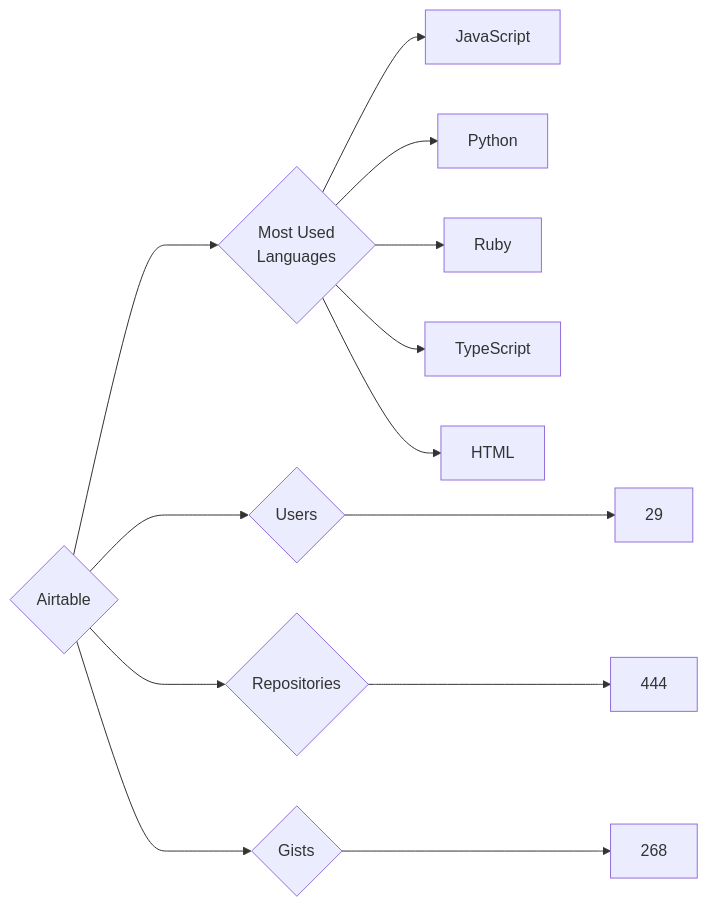
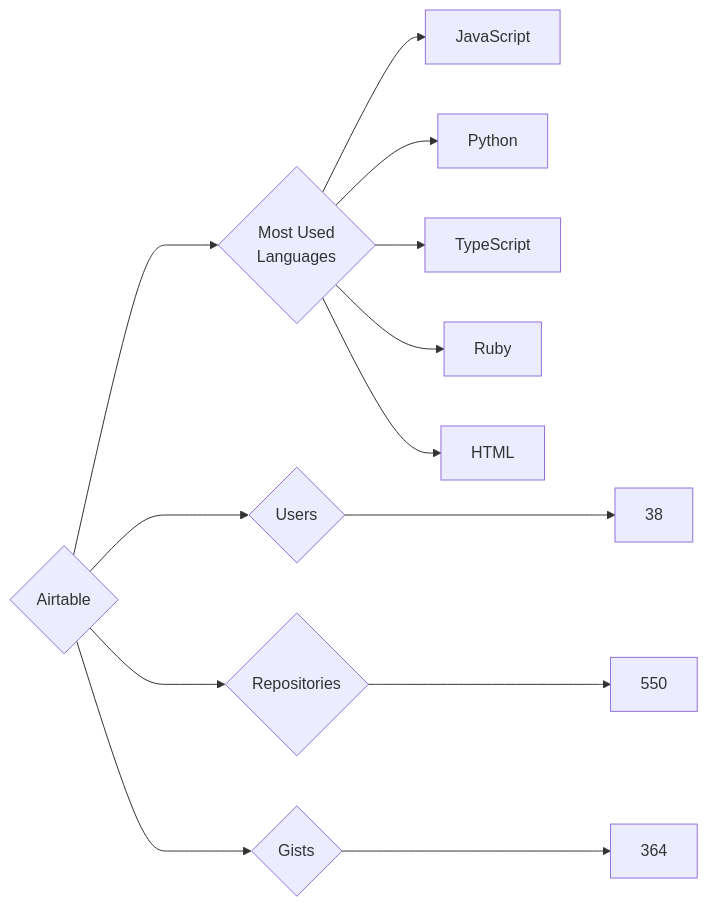
The diagram in targets/Airtable/README.md (trickest/insiders), drawn with Mermaid before and after one commit. The commit also changed 553 other files, not shown here.

````diff
--- a/targets/Airtable/README.md
+++ b/targets/Airtable/README.md
@@ -3,13 +3,13 @@
 ```mermaid
 graph LR
 COMPANY_NAME{Airtable}
-COMPANY_NAME ---> U{Users} ---> UN[29]
-COMPANY_NAME ---> R{Repositories} ---> RN[444]
-COMPANY_NAME ---> G{Gists} ---> GN[268]
+COMPANY_NAME ---> U{Users} ---> UN[38]
+COMPANY_NAME ---> R{Repositories} ---> RN[550]
+COMPANY_NAME ---> G{Gists} ---> GN[364]
 COMPANY_NAME ---> ML{Most Used<br>Languages}
 ML --> JavaScript[JavaScript]
 ML --> Python[Python]
+ML --> TypeScript[TypeScript]
 ML --> Ruby[Ruby]
-ML --> TypeScript[TypeScript]
 ML --> HTML[HTML]
 ```
````
